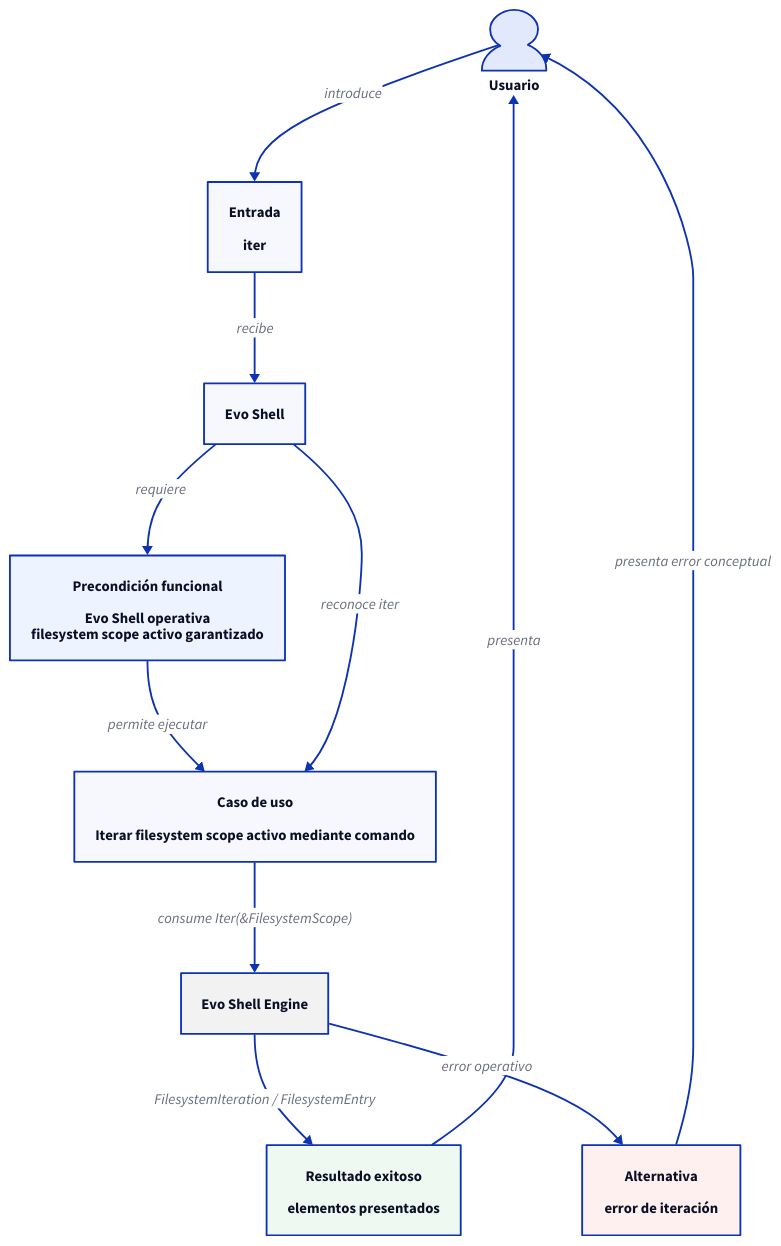
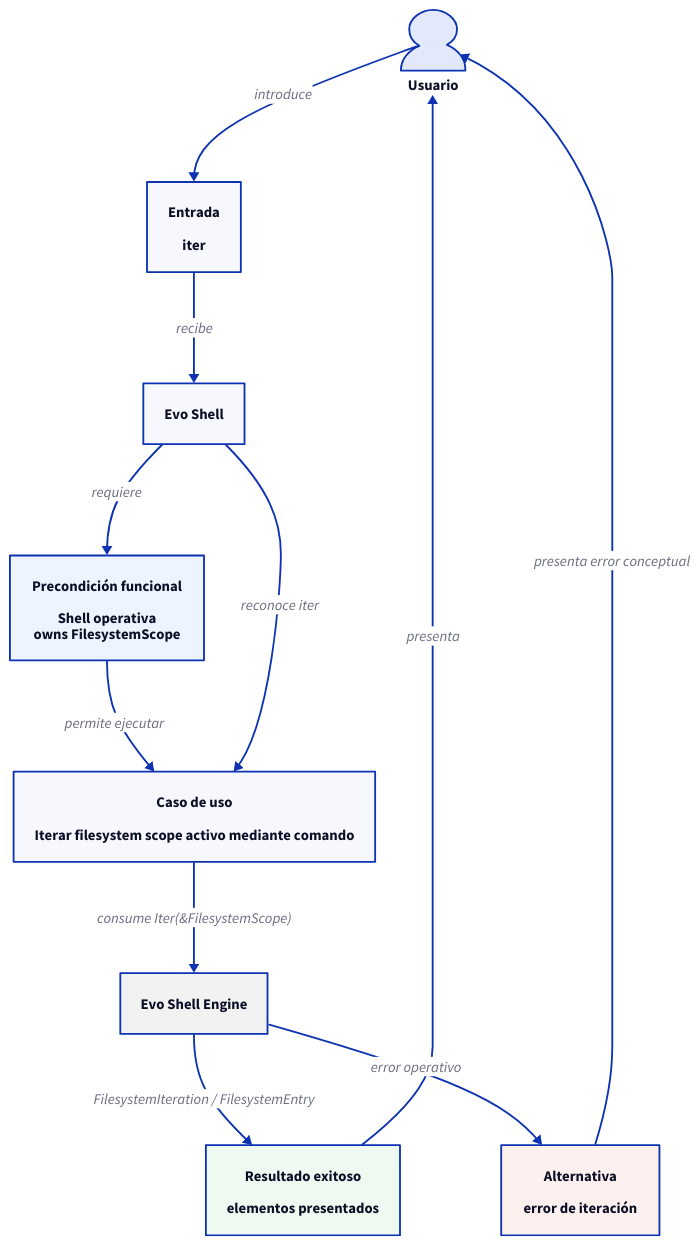
Before and after one commit to niqel/evolution: the diagram in evo-shell/technical_documentation/use_cases/UC-002-iterate-filesystem-scope-command/use-case.d2, drawn with D2. The commit also changed 10 other files, not shown here.

Commit message:
docs: define shell initialization architecture

```diff
--- a/evo-shell/technical_documentation/use_cases/UC-002-iterate-filesystem-scope-command/use-case.d2
+++ b/evo-shell/technical_documentation/use_cases/UC-002-iterate-filesystem-scope-command/use-case.d2
@@ -1,48 +1,48 @@
 direction: down
 
 usuario: "Usuario" {
   shape: person
 }
 
 system: "Evo Shell" {
   shape: rectangle
 }
 
 engine: "Evo Shell Engine" {
   shape: rectangle
   style.fill: "#f2f2f2"
 }
 
 input: "Entrada\n\niter" {
   shape: rectangle
 }
 
-precondition: "Precondición funcional\n\nEvo Shell operativa\nfilesystem scope activo garantizado" {
+precondition: "Precondición funcional\n\nShell operativa\nowns FilesystemScope" {
   shape: rectangle
   style.fill: "#edf4ff"
 }
 
 use_case: "Caso de uso\n\nIterar filesystem scope activo mediante comando" {
   shape: rectangle
 }
 
 success: "Resultado exitoso\n\nelementos presentados" {
   shape: rectangle
   style.fill: "#eefaf1"
 }
 
 iteration_error: "Alternativa\n\nerror de iteración" {
   shape: rectangle
   style.fill: "#fff0f0"
 }
 
 usuario -> input: "introduce"
 input -> system: "recibe"
 system -> precondition: "requiere"
 precondition -> use_case: "permite ejecutar"
 system -> use_case: "reconoce iter"
 use_case -> engine: "consume Iter(&FilesystemScope)"
 engine -> success: "FilesystemIteration / FilesystemEntry"
 engine -> iteration_error: "error operativo"
 success -> usuario: "presenta"
 iteration_error -> usuario: "presenta error conceptual"
```
